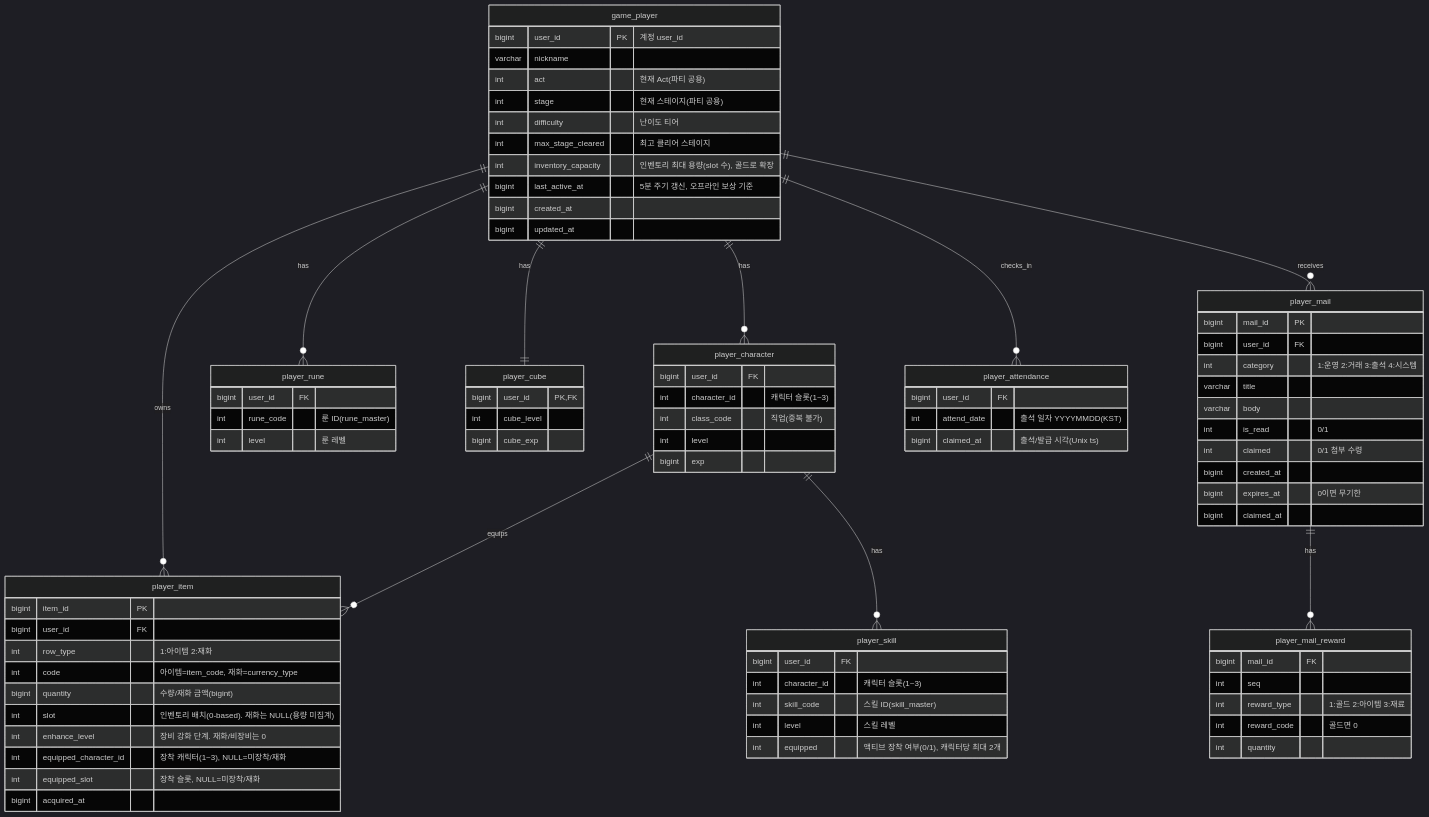
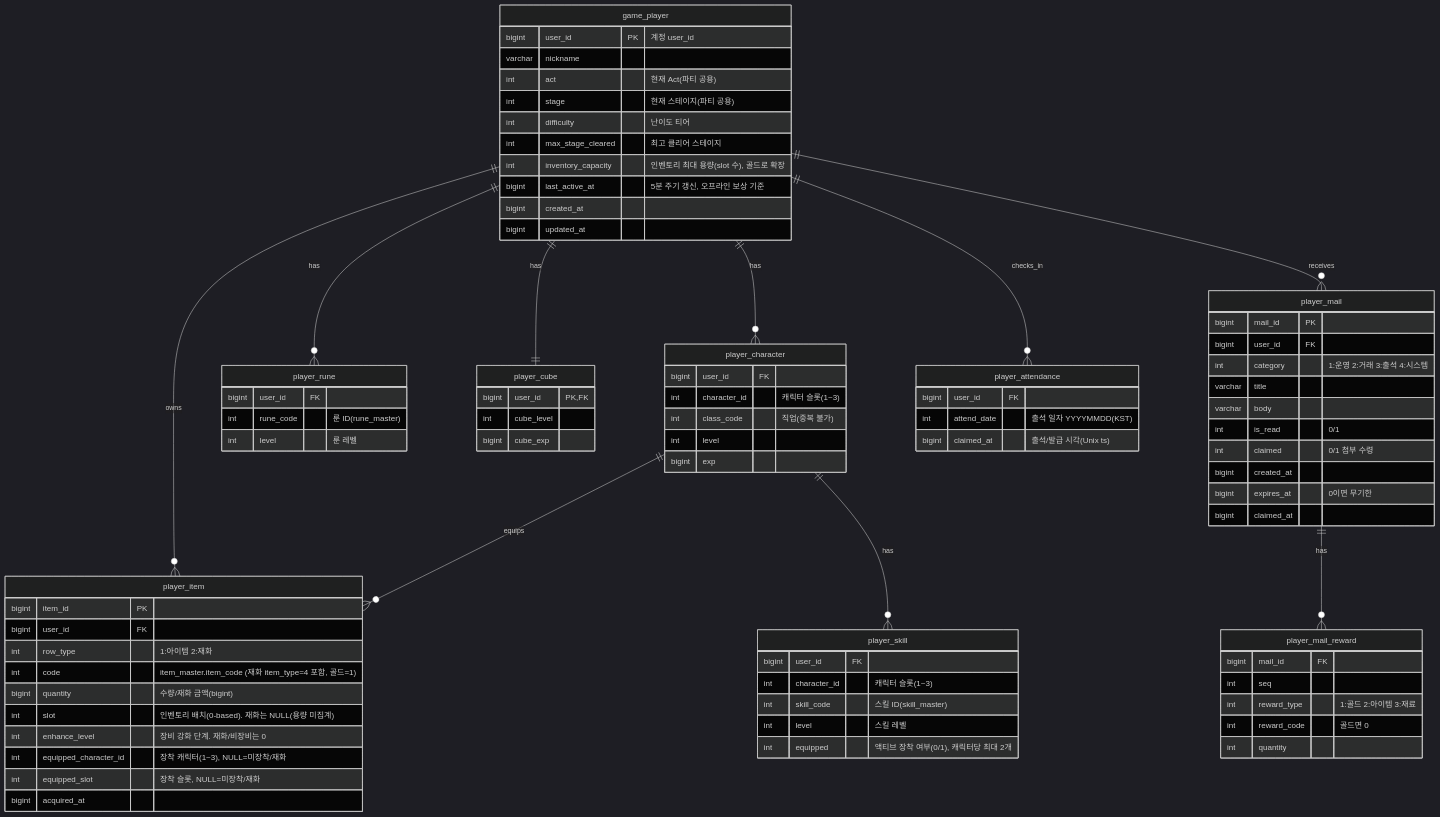
The second of 2 diagrams in docs/공통/db-erd-통합.md (ks-wook/com2us-taskbar-hero), drawn with Mermaid (dark theme) before and after one commit. The commit also changed other lines of this file and 7 other files, not shown here.

```diff
--- a/docs/공통/db-erd-통합.md
+++ b/docs/공통/db-erd-통합.md
@@ -84,7 +84,7 @@
         bigint  item_id PK
         bigint  user_id FK
         int     row_type "1:아이템 2:재화"
-        int     code "아이템=item_code, 재화=currency_type"
+        int     code "item_master.item_code (재화 item_type=4 포함, 골드=1)"
         bigint  quantity "수량/재화 금액(bigint)"
         int     slot "인벤토리 배치(0-based). 재화는 NULL(용량 미집계)"
         int     enhance_level "장비 강화 단계. 재화/비장비는 0"
```
